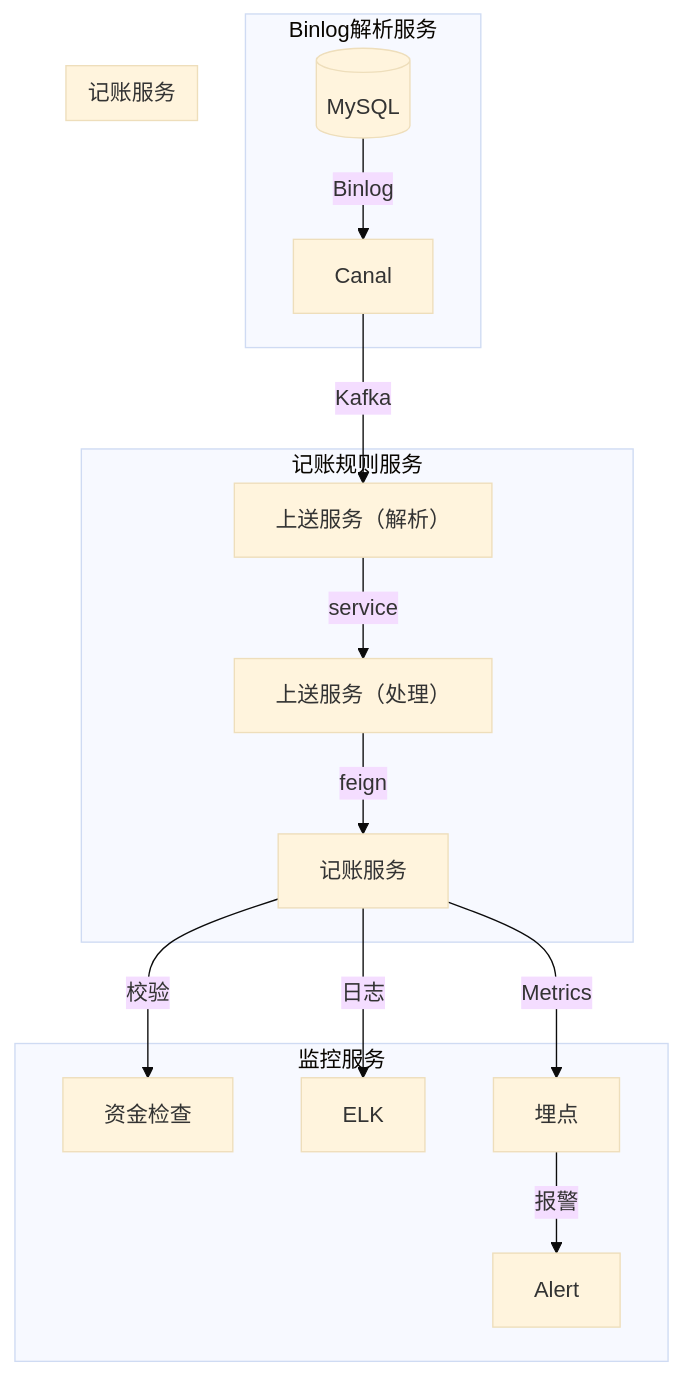
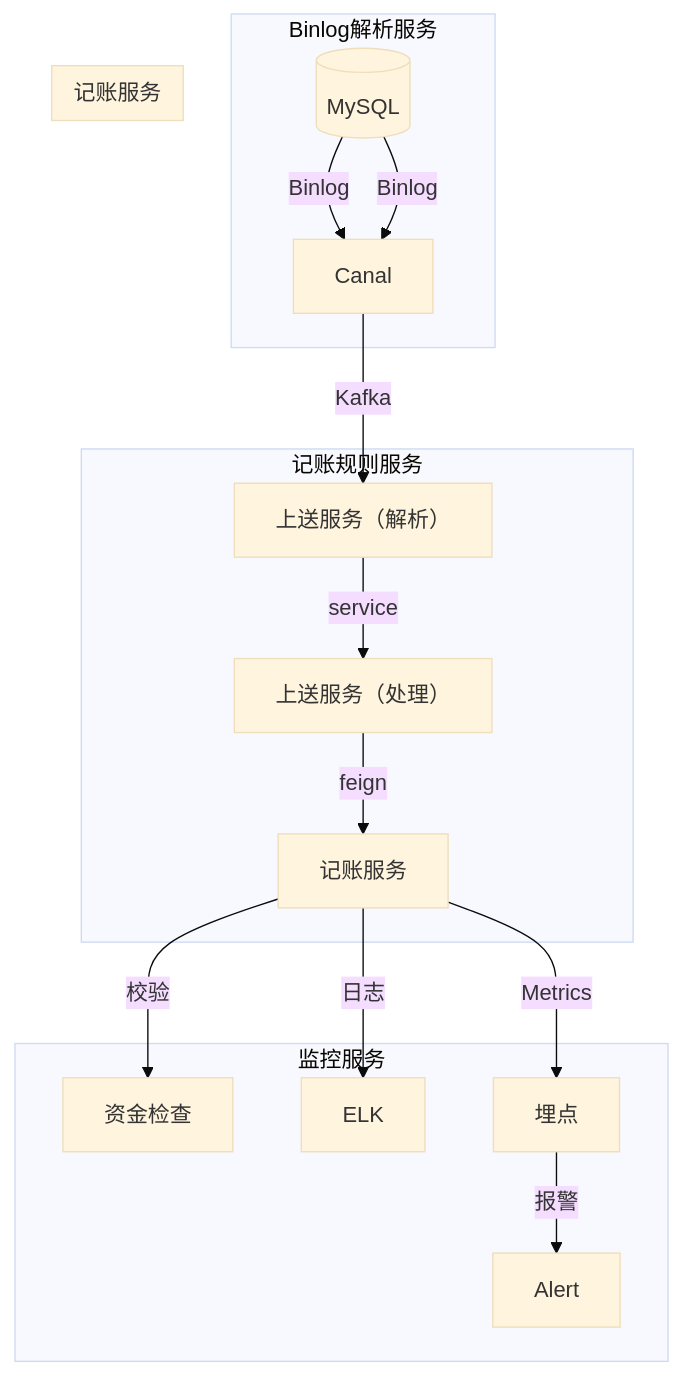
Before and after one commit to 87828943/iodraw-files: the diagram in all/记账架构图.md, drawn with Mermaid (base theme).

Commit message:
2025-07-07 14:38:44 update

````diff
--- a/all/记账架构图.md
+++ b/all/记账架构图.md
@@ -1,20 +1,23 @@
 ```mermaid
 graph TB
+    subgraph Binlog解析服务
+        DB[(MySQL)] -->|Binlog| Canal
+    end
     subgraph Binlog解析服务
         DB[(MySQL)] -->|Binlog| Canal
     end
     subgraph 记账规则服务
         Canal -->|Kafka| Parser[上送服务（解析）]
         Parser -->|service| Engine[上送服务（处理）]
         Engine -->|feign| Accounting[记账服务]
     end
     subgraph 记账服务
        
     end
     subgraph 监控服务
         Accounting --> |校验| 资金检查
         Accounting -->|日志| ELK
         Accounting -->|Metrics| 埋点
         埋点 -->|报警| Alert
     end
 ```
````
